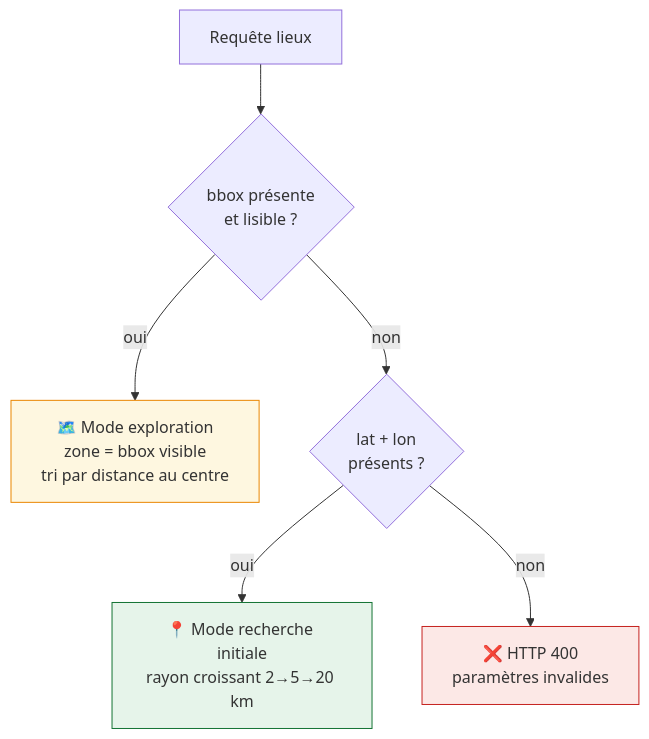
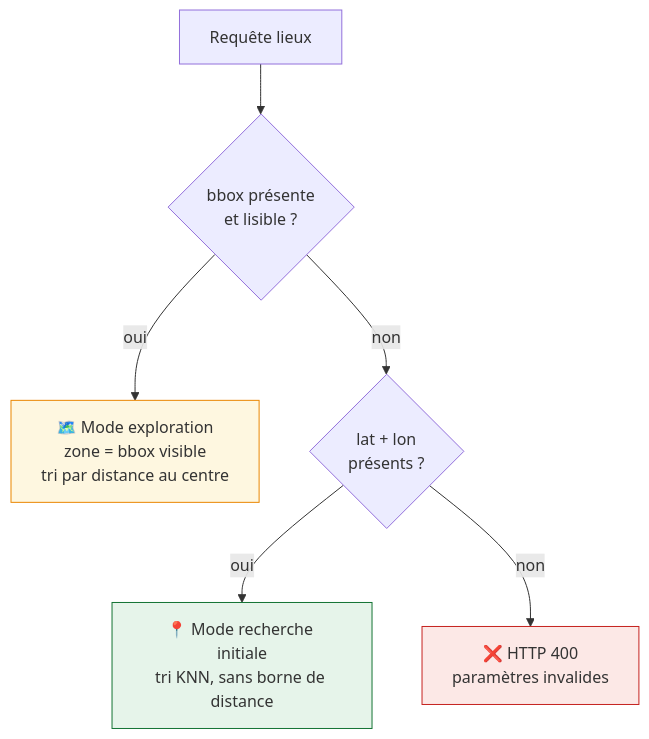
The second of 2 diagrams in docs/explanations/assistant/10-contrat-url.md (incubateur-ademe/quefairedemesobjets), drawn with Mermaid before and after one commit. The commit also changed other lines of this file and 6 other files, not shown here.

````diff
--- a/docs/explanations/assistant/10-contrat-url.md
+++ b/docs/explanations/assistant/10-contrat-url.md
@@ -55,12 +62,12 @@
 ```mermaid
 flowchart TD
     R["Requête lieux"] --> B{"bbox présente<br/>et lisible ?"}
     B -->|oui| EXPLO["🗺️ Mode exploration<br/>zone = bbox visible<br/>tri par distance au centre"]
     B -->|non| LL{"lat + lon<br/>présents ?"}
-    LL -->|oui| INIT["📍 Mode recherche initiale<br/>rayon croissant 2→5→20 km"]
+    LL -->|oui| INIT["📍 Mode recherche initiale<br/>tri KNN, sans borne de distance"]
     LL -->|non| ERR["❌ HTTP 400<br/>paramètres invalides"]
 
     style EXPLO fill:#fef7e0,stroke:#ea8600
     style INIT fill:#e6f4ea,stroke:#137333
     style ERR fill:#fce8e6,stroke:#c5221f
 ```
````
